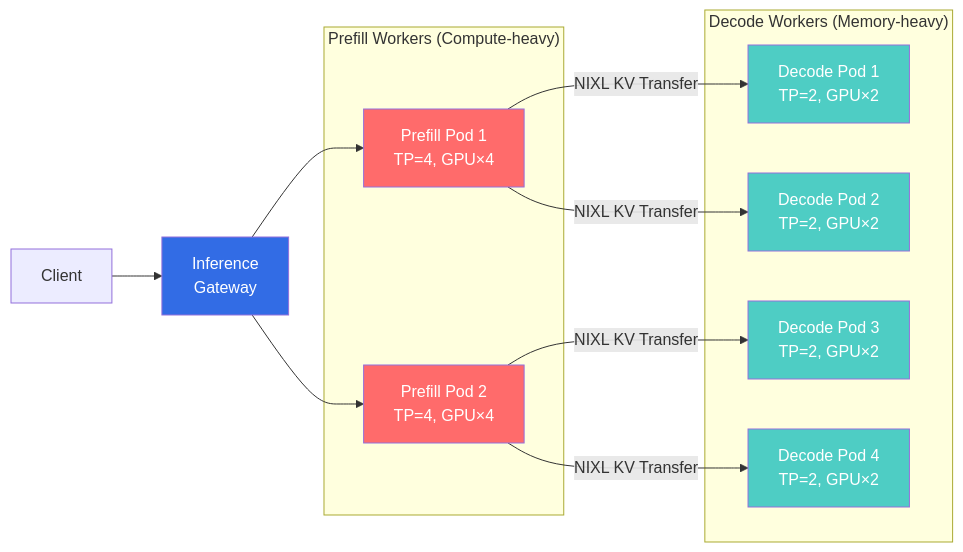
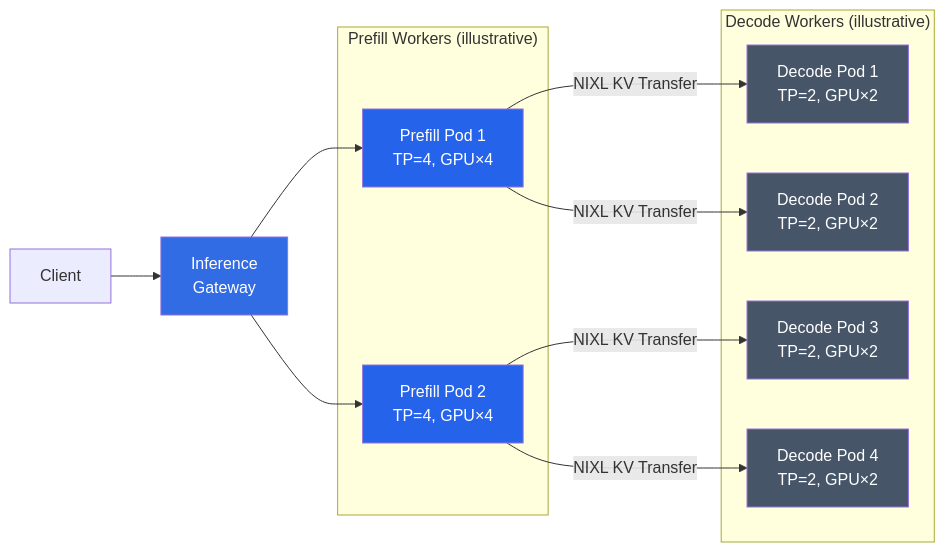
Before and after one commit to devfloor9/engineering-playbook: the first of 2 diagrams in i18n/en/docusaurus-plugin-content-docs/current/agentic-ai-platform/model-serving/inference-optimization/disaggregated-serving.md, drawn with Mermaid. The commit also changed other lines of this file and 2 other files, not shown here.

````diff
--- a/i18n/en/docusaurus-plugin-content-docs/current/agentic-ai-platform/model-serving/inference-optimization/disaggregated-serving.md
+++ b/i18n/en/docusaurus-plugin-content-docs/current/agentic-ai-platform/model-serving/inference-optimization/disaggregated-serving.md
@@ -41,31 +47,31 @@
 ```mermaid
 flowchart LR
     C[Client] --> GW[Inference<br/>Gateway]
 
-    subgraph Prefill["Prefill Workers (Compute-heavy)"]
+    subgraph Prefill["Prefill Workers (illustrative)"]
         PF1[Prefill Pod 1<br/>TP=4, GPU×4]
         PF2[Prefill Pod 2<br/>TP=4, GPU×4]
     end
 
-    subgraph Decode["Decode Workers (Memory-heavy)"]
+    subgraph Decode["Decode Workers (illustrative)"]
         DC1[Decode Pod 1<br/>TP=2, GPU×2]
         DC2[Decode Pod 2<br/>TP=2, GPU×2]
         DC3[Decode Pod 3<br/>TP=2, GPU×2]
         DC4[Decode Pod 4<br/>TP=2, GPU×2]
     end
 
     GW --> PF1
     GW --> PF2
     PF1 -->|"NIXL KV Transfer"| DC1
     PF1 -->|"NIXL KV Transfer"| DC2
     PF2 -->|"NIXL KV Transfer"| DC3
     PF2 -->|"NIXL KV Transfer"| DC4
 
     style GW fill:#326ce5,color:#fff
-    style PF1 fill:#ff6b6b,color:#fff
-    style PF2 fill:#ff6b6b,color:#fff
-    style DC1 fill:#4ecdc4,color:#fff
-    style DC2 fill:#4ecdc4,color:#fff
-    style DC3 fill:#4ecdc4,color:#fff
-    style DC4 fill:#4ecdc4,color:#fff
+    style PF1 fill:#2563eb,color:#fff
+    style PF2 fill:#2563eb,color:#fff
+    style DC1 fill:#475569,color:#fff
+    style DC2 fill:#475569,color:#fff
+    style DC3 fill:#475569,color:#fff
+    style DC4 fill:#475569,color:#fff
 ```
````
